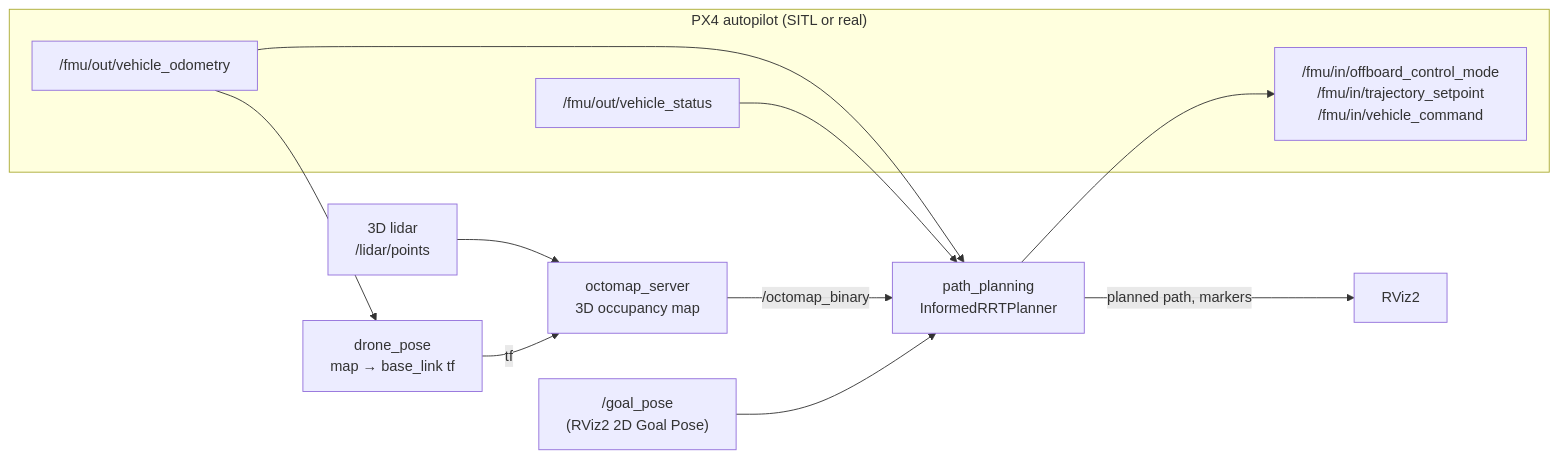
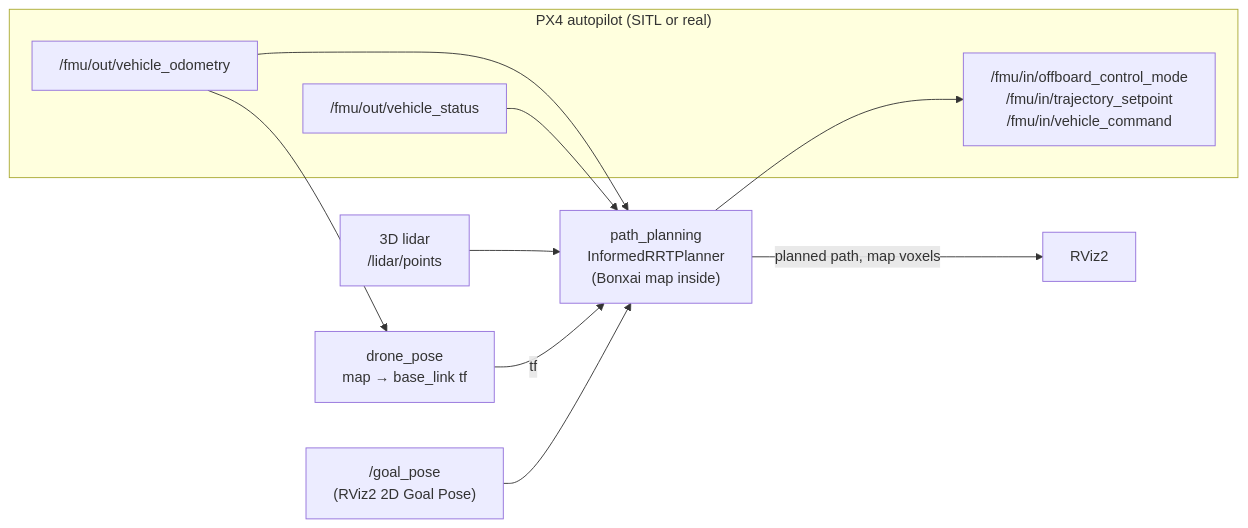
One commit to Fixit-Davide/ROS-Informed-RRT--planner changed the first of 2 diagrams in README.md. Above: the diagram before and after it, drawn with Mermaid. The commit also changed other lines of this file and 2 other files, not shown here.

First line of the commit message:
docs: describe the Bonxai mapping and its results

````diff
--- a/README.md
+++ b/README.md
@@ -26,17 +26,16 @@
 ```mermaid
 flowchart LR
     subgraph PX4["PX4 autopilot (SITL or real)"]
         ODO["/fmu/out/vehicle_odometry"]
         ST["/fmu/out/vehicle_status"]
         IN["/fmu/in/offboard_control_mode<br/>/fmu/in/trajectory_setpoint<br/>/fmu/in/vehicle_command"]
     end
-    LIDAR["3D lidar<br/>/lidar/points"] --> OCT
+    LIDAR["3D lidar<br/>/lidar/points"] --> PL
     ODO --> DP["drone_pose<br/>map → base_link tf"]
-    DP -- tf --> OCT["octomap_server<br/>3D occupancy map"]
-    OCT -- /octomap_binary --> PL
-    ODO --> PL["path_planning<br/>InformedRRTPlanner"]
+    DP -- tf --> PL
+    ODO --> PL["path_planning<br/>InformedRRTPlanner<br/>(Bonxai map inside)"]
     ST --> PL
     GOAL["/goal_pose<br/>(RViz2 2D Goal Pose)"] --> PL
     PL --> IN
-    PL -- planned path, markers --> RV["RViz2"]
+    PL -- planned path, map voxels --> RV["RViz2"]
 ```
````
